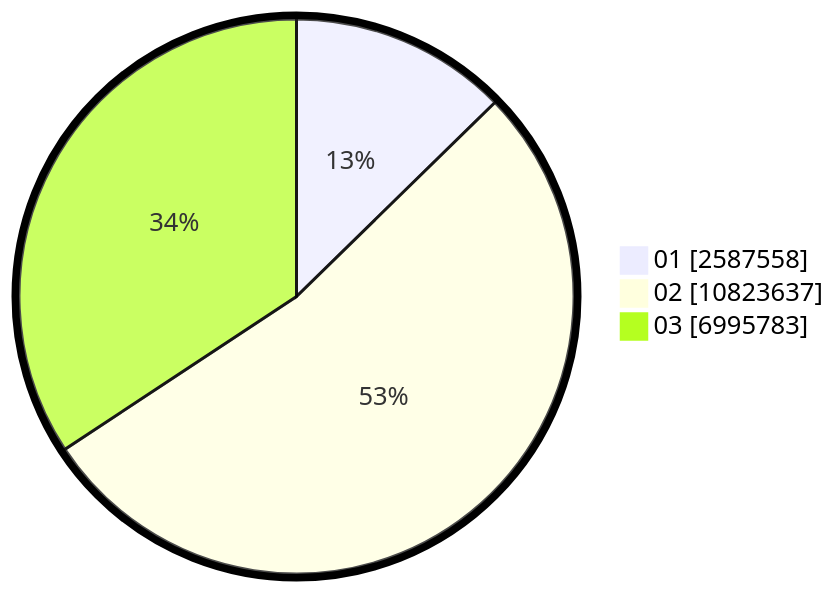
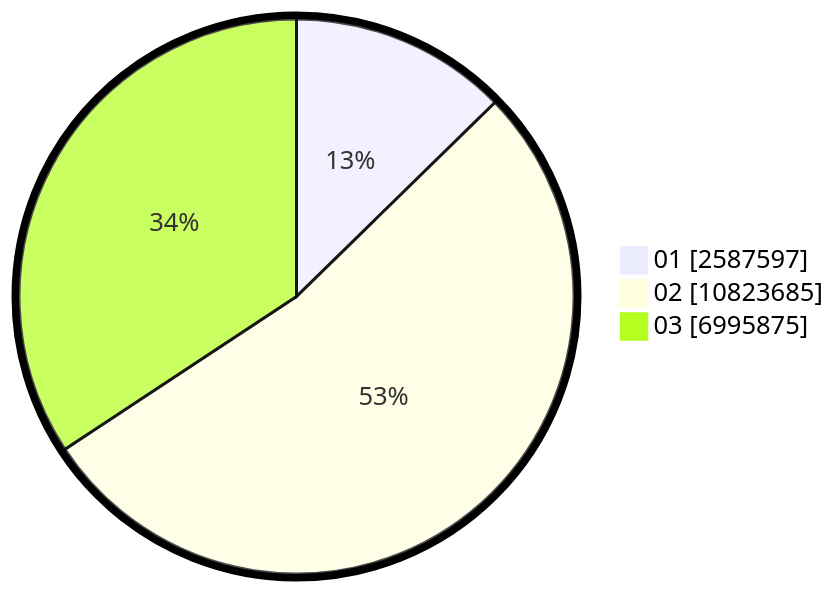
The second of 2 diagrams in pilpres/hitung-suara/sub/table-wilayah-33.md (gigit-pemilu/pemilu-2024), drawn with Mermaid before and after one commit. The commit also changed other lines of this file and 10 other files, not shown here.

````diff
--- a/pilpres/hitung-suara/sub/table-wilayah-33.md
+++ b/pilpres/hitung-suara/sub/table-wilayah-33.md
@@ -15,7 +15,7 @@
 ```mermaid
 %%{init: {"pie": {"textPosition": 0.5}, "themeVariables": {"pieOuterStrokeWidth": "5px"}} }%%
 pie showData
-    "01" : 2587558
-    "02" : 10823637
-    "03" : 6995783
+    "01" : 2587597
+    "02" : 10823685
+    "03" : 6995875
 ```
````
